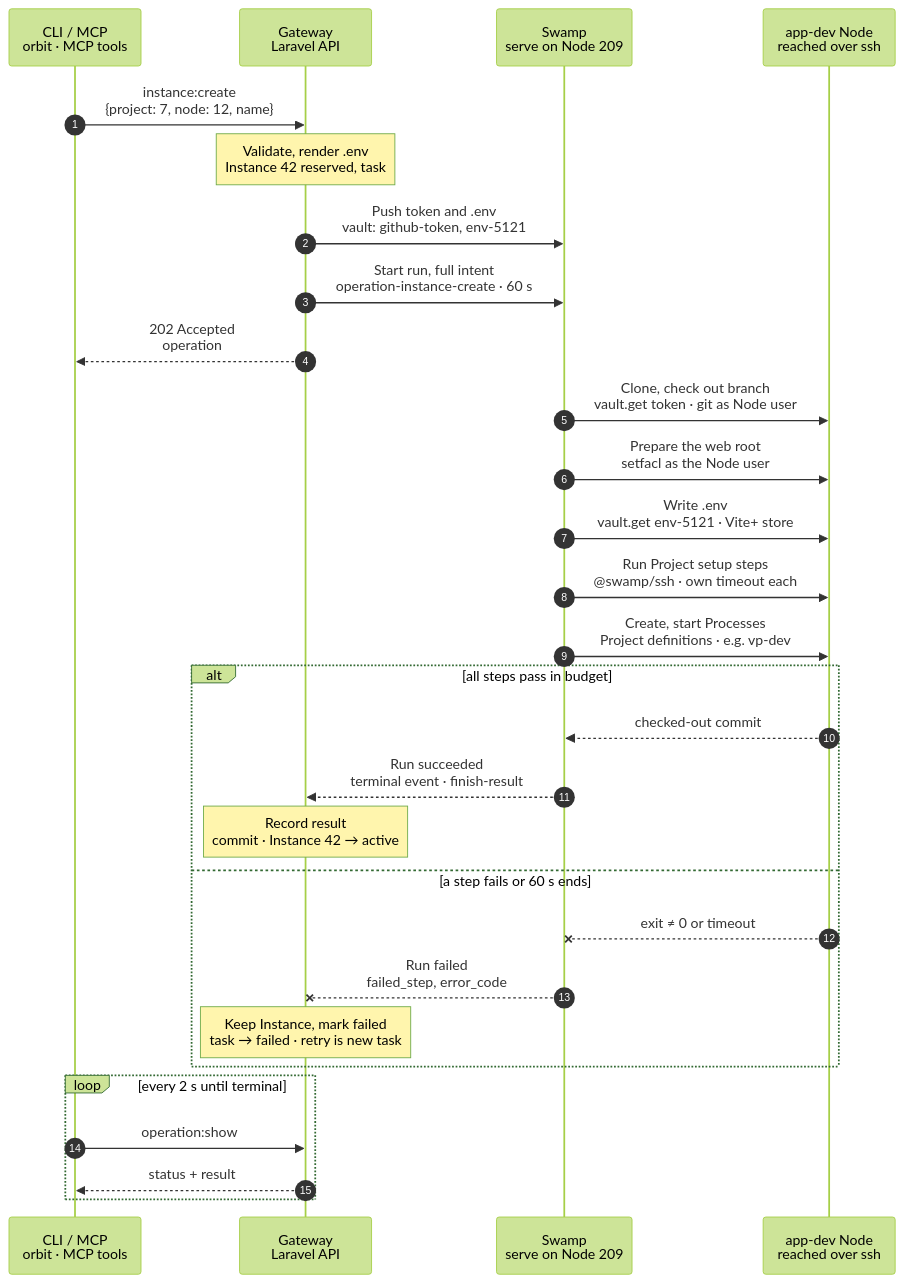
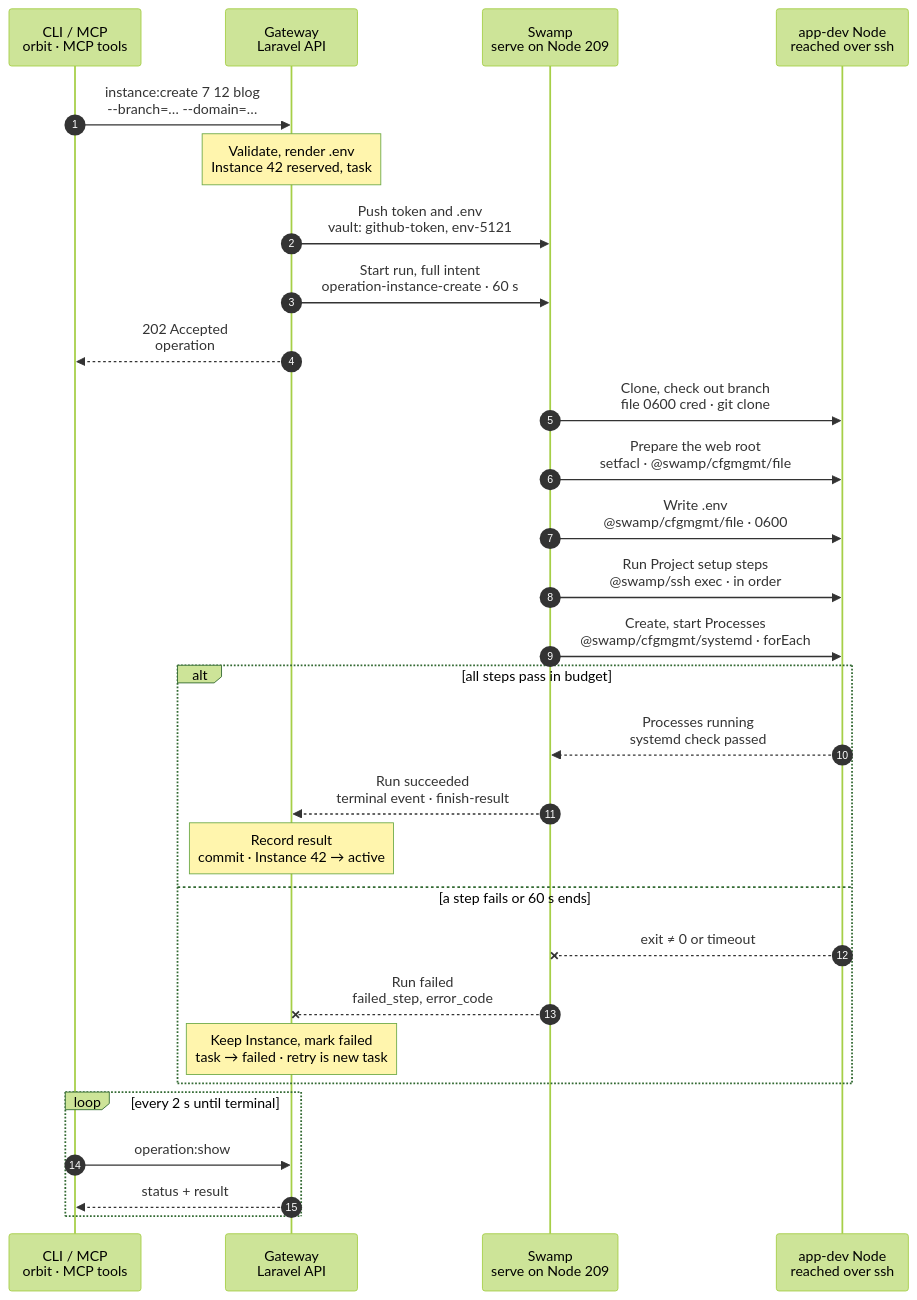
The diagram in docs/cli/instance/create.mmd (hardimpactdev/orbit), drawn with Mermaid (forest theme) before and after one commit.

Commit message:
docs(cli): tighten2 wave 1 chart (instance.create)

```diff
--- a/docs/cli/instance/create.mmd
+++ b/docs/cli/instance/create.mmd
@@ -1,140 +1,159 @@
 sequenceDiagram
   %% Target design: ADR 0244 task + full intent as inputs, single Swamp Node, DECISIONS 1 (token minted at admission, vault.get), Gateway renders .env from the Project env template (orbit-gateway-renders-create-env; Nick 2026-11-01), budget rule swamp-operation-time-budgets (<10 s, 60 s).
+  %% Tightened: flow-tighten 2026-11-02, rules 1-22 (rule 22: cfgmgmt file/systemd, 0600 credential file for the private fetch).
   %% status: reviewed
   %% command: instance:create
   %% kind: instance.create
   autonumber
   %% lane CLI icon=terminal pill=caller tone=gray
   %% lane GW icon=gateway pill=intent tone=blue
   %% lane SW icon=workflow pill=executes tone=green
   %% lane N icon=server pill=target tone=amber
   participant CLI as CLI / MCP<br/>orbit · MCP tools
   participant GW as Gateway<br/>Laravel API
   participant SW as Swamp<br/>serve on Node 209
   participant N as app-dev Node<br/>reached over ssh
-  CLI->>GW: instance:create<br/>{project: 7, node: 12, name}
+  CLI->>GW: instance:create 7 12 blog<br/>--branch=… --domain=…
+  %%> Command:
+  %%> - `orbit instance:create 7 12 blog --branch=feature/blog`
+  %%> - syntax: `<project> <node> <name> [--branch=BRANCH] [--domain=HOST] [--root=PATH] [--database-server=SLUG]`
   %%> Input:
   %%> - Project, app-dev Node and Instance name
   %%> - optional: branch, domain, Database server for the Instance's database
   %%> Who can call it:
   %%> - the `orbit` CLI and the MCP tool send the same request
   Note over GW: Validate, render .env<br/>Instance 42 reserved, task #5121
   %%> Requirements:
   %%> - your Node has an access grant to Node 12
   %%> - the Node has the `app-dev` role
   %%> - the Project may be placed on this Node (not excluded)
   %%> - the Instance name and path are free
   %%> Renders .env:
   %%> - from the Project's stored env template, with its placeholders
   %%> - filled with Instance values: `APP_URL`, a new `APP_KEY`, database keys
   %%> Result:
   %%> - Instance 42 recorded as reserved, with its rendered environment
   %%> - task #5121 recorded with the full intent
   %%> - nothing has happened on the Node yet
   GW->>SW: Push token and .env<br/>vault: github-token, env-5121
   %%> Why:
   %%> - the repository is private, so the clone needs a GitHub token
   %%> - only the Gateway holds the GitHub App key
   %%> - `.env` can hold secrets, which travel only through the vault
   %%> What it does:
   %%> - mints a read token for this one repository, valid 1 hour
   %%> - pushes the token and the rendered `.env` into Swamp's vault
   %%> Result:
   %%> - the run reads both from the vault; no step calls the Gateway back (decision 1)
   GW->>SW: Start run, full intent<br/>operation-instance-create · 60 s
   %%> What it does:
   %%> - starts one run of `operation-instance-create` on Swamp serve (Node 209)
   %%> Inputs:
   %%> - everything the run needs: Node address, paths, branch, setup steps
   %%> - secrets only as vault key names
   %%> Budget:
   %%> - 60 s for the whole run, target under 10 s
   GW-->>CLI: 202 Accepted<br/>operation #5121
   %%> What you get:
   %%> - the task number, at once
   %%> Next:
   %%> - the work continues in Swamp; the CLI follows it with `operation:show`
-  SW->>N: Clone, check out branch<br/>vault.get token · git as Node user
+  SW->>N: Clone, check out branch<br/>file 0600 cred · git clone
   %%> How:
   %%> - Swamp reaches the Node over `@swamp/ssh` from 209
+  %%> - `@swamp/cfgmgmt/file` writes the vault token as a 0600 credential file; git reads it, so the token never enters argv
   %%> What it does:
-  %%> - clones the repository into the Instance path with the vault token
-  %%> - checks out the branch
+  %%> - clones the repository into the Instance path and checks out the branch
+  %%> - removes the credential file at the end of the step
+  %%> Returns:
+  %%> - the checked-out commit, as this step's output
+  %%> Retry:
+  %%> - a guard skips the clone when the checkout already exists
   %%> Runs as:
   %%> - the Node's own user, not root
-  SW->>N: Prepare the web root<br/>setfacl as the Node user
+  SW->>N: Prepare the web root<br/>setfacl · @swamp/cfgmgmt/file
   %%> What it does:
   %%> - grants Caddy read access to the web root, and passage through the directories above it
   %%> - denies Caddy the rest of the checkout and its Git directory
   %%> - converges the shared PHP-FPM pool for Instance 42
+  %%> How:
+  %%> - one `setfacl` per directory as `@swamp/ssh exec` argv (no official ACL behavior)
+  %%> - the pool file with `@swamp/cfgmgmt/file`, then a PHP-FPM reload with `@swamp/cfgmgmt/systemd`
+  %%> - runs beside the next step; both need only the checkout
   %%> Why here:
   %%> - a one-time Instance setup; every Route of Instance 42 then serves without touching the checkout
   %%> Runs as:
   %%> - the Node's managed user; root only above every checkout
-  SW->>N: Write .env<br/>vault.get env-5121 · Vite+ store
+  SW->>N: Write .env<br/>@swamp/cfgmgmt/file · 0600
   %%> What it does:
-  %%> - writes the rendered `.env` from the vault into the checkout
+  %%> - writes the rendered `.env` from `vault.get env-5121` into the checkout, owned by the Node user, mode 0600
   %%> - selects the Node's Vite+ store for this Project (`VP_HOME`), so `vp` works in the setup steps
   %%> Not included:
   %%> - renders nothing; the Gateway already rendered `.env`
   %%> - installs no dependencies; `composer install` and `vp install` are setup steps
   %%> - starts no Process; that happens after the setup steps
-  SW->>N: Run Project setup steps<br/>@swamp/ssh · own timeout each
+  SW->>N: Run Project setup steps<br/>@swamp/ssh exec · in order
   %%> What it does:
   %%> - runs the Project's setup steps in order, as the Node's managed user, from the repository root
   %%> Typical steps:
   %%> - `composer install`
   %%> - `vp install`
   %%> - `php artisan migrate`
+  %%> How:
+  %%> - one `@swamp/ssh exec` per step; the first failure stops the run with that step's exit code
   %%> Limits:
   %%> - each step has its own timeout
   %%> - the whole run stays inside the 60 s budget
-  SW->>N: Create, start Processes<br/>Project definitions · e.g. vp-dev
+  SW->>N: Create, start Processes<br/>@swamp/cfgmgmt/systemd · forEach
   %%> What it does:
   %%> - creates the Instance's Processes from the Project's Process definitions for `development`
   %%> - starts them, for example the Vite dev server (`vp-dev`) or a queue worker
+  %%> How:
+  %%> - one `forEach` item per Process, all at once: the unit file and `ensure: running` in `@swamp/cfgmgmt/systemd`
+  %%> - the behavior's `check` is the end check: each Process is running
   %%> Why here:
   %%> - after the setup steps, because Processes need the installed dependencies
   %%> Today:
   %%> - Project definitions only accept `production`; `development` must be added
   alt all steps pass in budget
-    N-->>SW: checked-out commit
+    N-->>SW: Processes running<br/>systemd check passed
     %%> Returns:
-    %%> - the commit that was checked out
+    %%> - the systemd check passed for every Process
+    %%> - the checked-out commit is already an output of the clone step
     %%> Not returned:
     %%> - nothing about `.env`; the Gateway rendered and stored it before the run
     SW-->>GW: Run succeeded<br/>terminal event · finish-result
   %%> How the Gateway learns it:
   %%> - its shared run reader sees the terminal event and reads the run's outputs
   %%> - Swamp never calls the Gateway; the Gateway reads
     Note over GW: Record result<br/>commit · Instance 42 → active
     %%> Result:
     %%> - the commit is recorded
     %%> - Instance 42 becomes active
     %%> - task #5121 succeeds
   else a step fails or 60 s ends
     N--xSW: exit ≠ 0 or timeout
   %%> When:
   %%> - a step exits with an error, or the 60 s budget runs out
   %%> Effect:
   %%> - the run stops at that step
     SW--xGW: Run failed<br/>failed_step, error_code
   %%> The Gateway reads:
   %%> - which step failed
   %%> - its error code
     Note over GW: Keep Instance, mark failed<br/>task → failed · retry is new task
   %%> Result:
   %%> - Instance 42 stays, marked failed, so you can see what happened
   %%> - task #5121 fails
   %%> Retry:
   %%> - a retry is a new task; the Gateway never re-runs work by itself
   end
   loop every 2 s until terminal
     CLI->>GW: operation:show #5121
   %%> What it does:
   %%> - asks for the task's status every 2 seconds until it has ended
     GW-->>CLI: status + result
   %%> Returns:
   %%> - the current status
   %%> - the result, once the task has ended
   end
```
